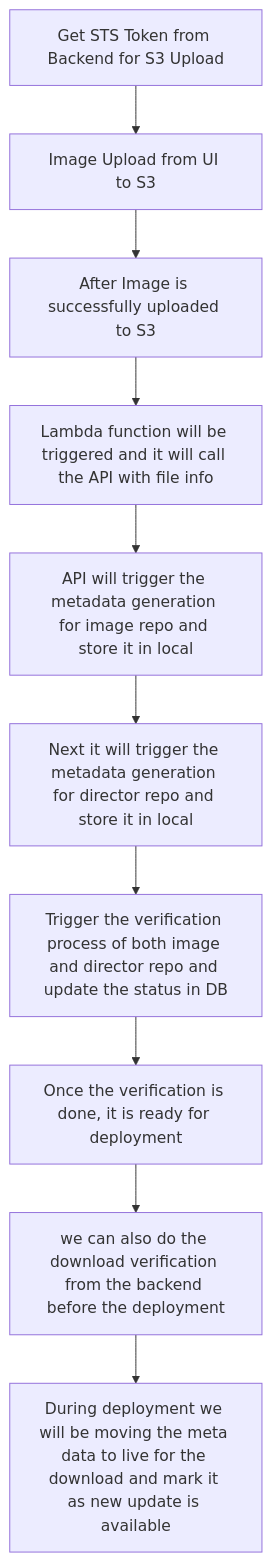
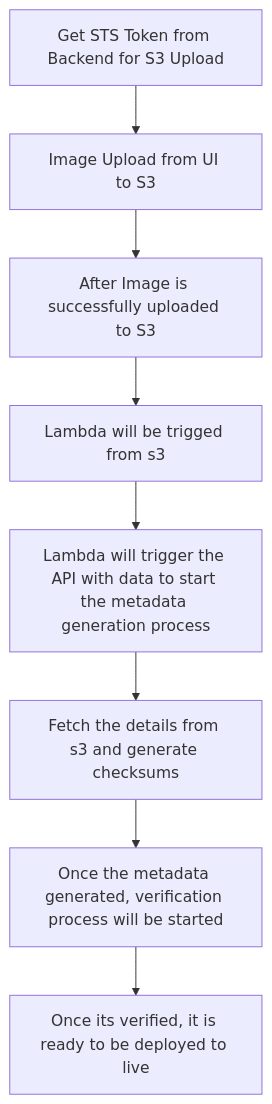
The diagram in uptane-image-upload-workflow.md (yokesharun/uptane), drawn with Mermaid before and after one commit.

````diff
--- a/uptane-image-upload-workflow.md
+++ b/uptane-image-upload-workflow.md
@@ -3,12 +3,10 @@
 ```mermaid
 flowchart TD
     A[Get STS Token from Backend for S3 Upload] --> B[Image Upload from UI to S3]
     B --> C[After Image is successfully uploaded to S3]
-    C --> D[Lambda function will be triggered and it will call the API with file info]
-    D --> E[API will trigger the metadata generation for image repo and store it in local]
-    E --> F[Next it will trigger the metadata generation for director repo and store it in local]
-    F --> G[Trigger the verification process of both image and director repo and update the status in DB]
-    G --> H[Once the verification is done, it is ready for deployment]
-    H --> I[we can also do the download verification from the backend before the deployment]
-    I --> J[During deployment we will be moving the meta data to live for the download and mark it as new update is available]
+    C --> D[Lambda will be trigged from s3]
+    D --> E[Lambda will trigger the API with data to start the metadata generation process]
+    E --> F[Fetch the details from s3 and generate checksums]
+    F --> G[Once the metadata generated, verification process will be started]
+    G --> H[Once its verified, it is ready to be deployed to live]
 ```
````
